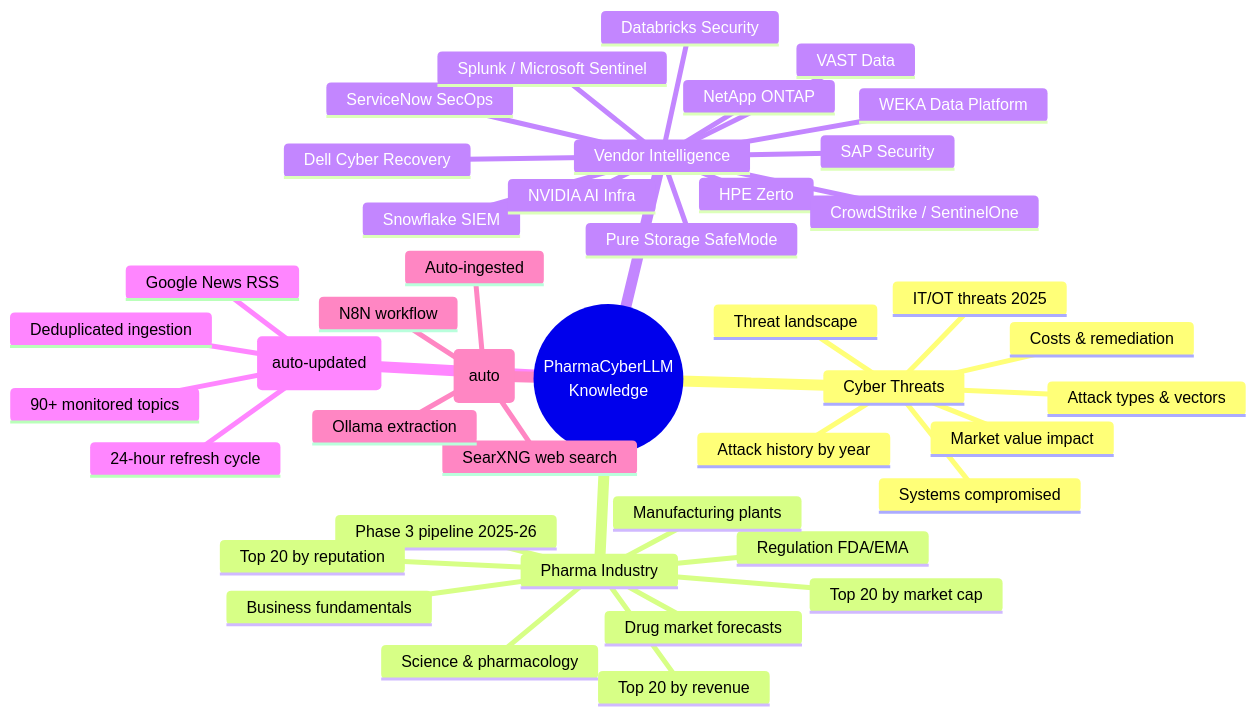
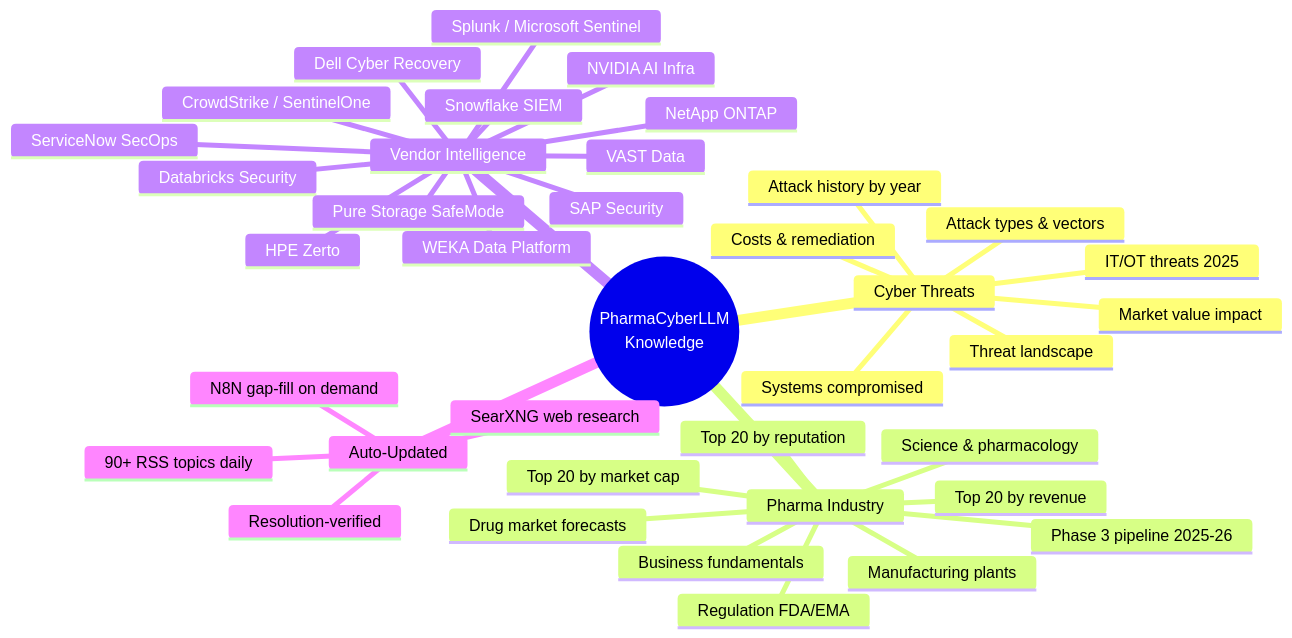
One commit to sebdallais-git/PharmaCyberLLM changed the second of 2 diagrams in README.md. Above: the diagram before and after it, drawn with Mermaid. The commit also changed other lines of this file and 13 other files, not shown here.

First line of the commit message:
feat: add monitoring dashboard, feedback system, gap resolution, and LLM re-ranking

````diff
--- a/README.md
+++ b/README.md
@@ -210,46 +320,41 @@
 ```mermaid
 mindmap
   root((PharmaCyberLLM<br/>Knowledge))
     Cyber Threats
       Attack history by year
       Attack types & vectors
       Systems compromised
       Threat landscape
       Market value impact
       Costs & remediation
       IT/OT threats 2025
     Pharma Industry
       Business fundamentals
       Drug market forecasts
       Phase 3 pipeline 2025-26
       Science & pharmacology
       Regulation FDA/EMA
       Top 20 by revenue
       Top 20 by market cap
       Top 20 by reputation
       Manufacturing plants
     Vendor Intelligence
       Dell Cyber Recovery
       Snowflake SIEM
       Databricks Security
       ServiceNow SecOps
       Pure Storage SafeMode
       NetApp ONTAP
       HPE Zerto
       VAST Data
       SAP Security
       NVIDIA AI Infra
       WEKA Data Platform
       CrowdStrike / SentinelOne
       Splunk / Microsoft Sentinel
-    News (auto-updated)
-      90+ monitored topics
-      Google News RSS
-      24-hour refresh cycle
-      Deduplicated ingestion
-    Gap-Filled (auto)
-      N8N workflow
-      SearXNG web search
-      Ollama extraction
-      Auto-ingested
+    Auto-Updated
+      90+ RSS topics daily
+      N8N gap-fill on demand
+      SearXNG web research
+      Resolution-verified
 ```
````
